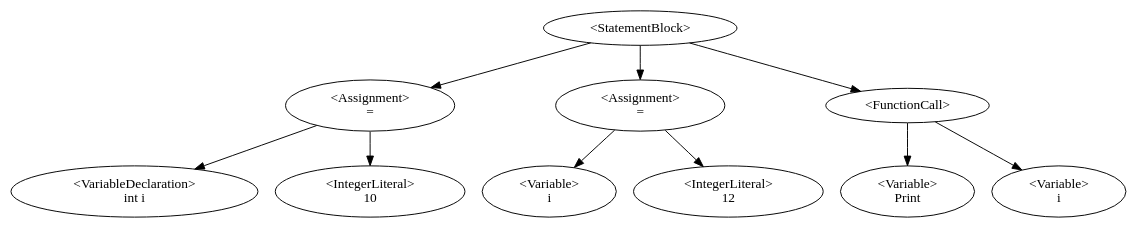
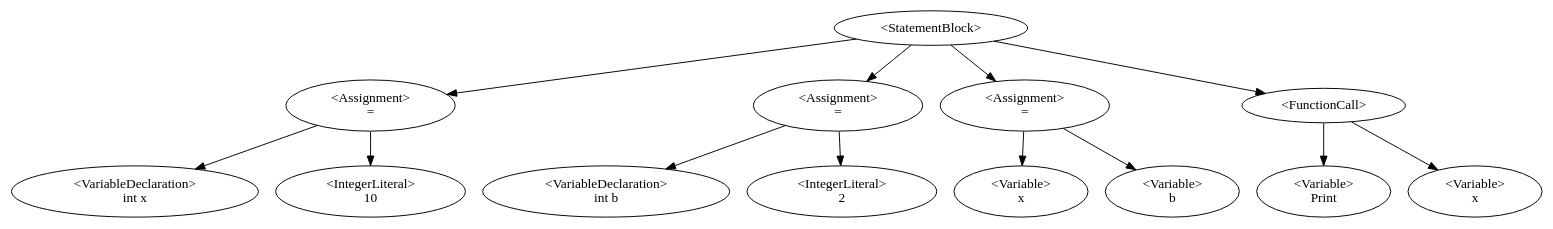
Before and after one commit to QazmoQwerty/dino: the diagram in Dino/Dino/AstDisplay.gv, drawn with Graphviz. The commit also changed 3 other files, not shown here.

```diff
--- a/Dino/Dino/AstDisplay.gv
+++ b/Dino/Dino/AstDisplay.gv
@@ -1,12 +1,15 @@
 digraph G {
-0 [label="<StatementBlock>"];0->2;0->5;0->8;
+0 [label="<StatementBlock>"];0->2;0->5;0->8;0->11;
 2 [label="<Assignment>\n="];2->1;2->3;
-1 [label="<VariableDeclaration>\nint i"];
+1 [label="<VariableDeclaration>\nint x"];
 3 [label="<IntegerLiteral>\n10"];
 5 [label="<Assignment>\n="];5->4;5->6;
-4 [label="<Variable>\ni"];
-6 [label="<IntegerLiteral>\n12"];
-8 [label="<FunctionCall>\n"];8->7;8->9;
-7 [label="<Variable>\nPrint"];
-9 [label="<Variable>\ni"];
+4 [label="<VariableDeclaration>\nint b"];
+6 [label="<IntegerLiteral>\n2"];
+8 [label="<Assignment>\n="];8->7;8->9;
+7 [label="<Variable>\nx"];
+9 [label="<Variable>\nb"];
+11 [label="<FunctionCall>\n"];11->10;11->12;
+10 [label="<Variable>\nPrint"];
+12 [label="<Variable>\nx"];
 }
```
